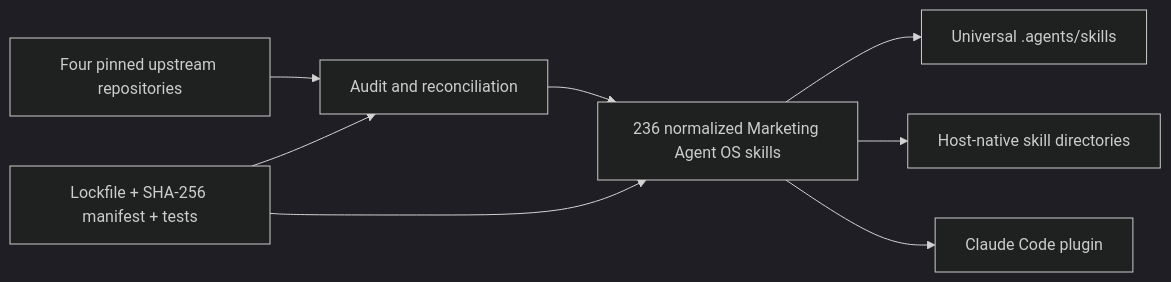
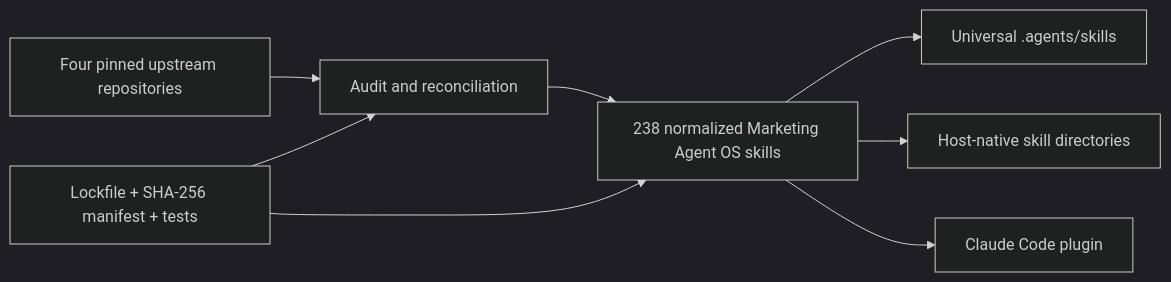
The diagram in README.md (iamwaqargulzar/Marketing-Agent-OS), drawn with Mermaid (dark theme) before and after one commit. The commit also changed other lines of this file and 313 other files, not shown here.

````diff
--- a/README.md
+++ b/README.md
@@ -135,10 +135,10 @@
 ```mermaid
 flowchart LR
     A["Four pinned upstream repositories"] --> B["Audit and reconciliation"]
-    B --> C["236 normalized Marketing Agent OS skills"]
+    B --> C["238 normalized Marketing Agent OS skills"]
     C --> D["Universal .agents/skills"]
     C --> E["Host-native skill directories"]
     C --> F["Claude Code plugin"]
     G["Lockfile + SHA-256 manifest + tests"] --> B
     G --> C
 ```
````
